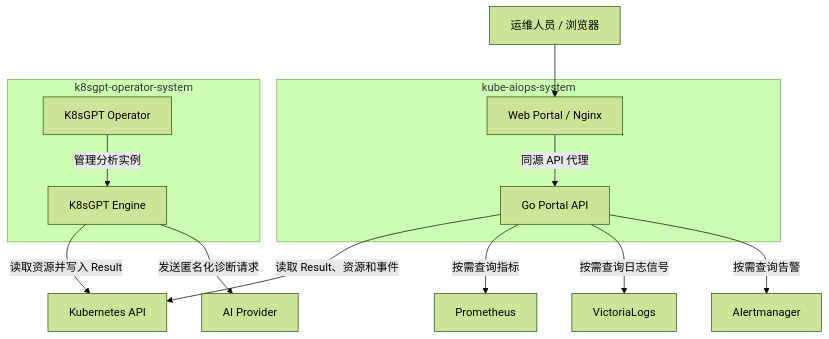
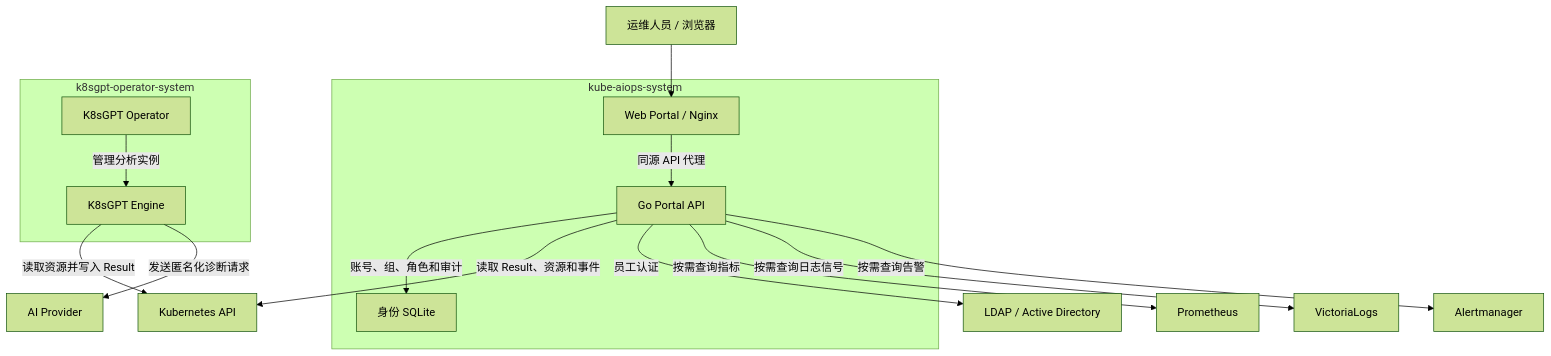
Before and after one commit to abchw517/kube-aiops: the diagram in README.md, drawn with Mermaid (forest theme). The commit also changed other lines of this file and 25 other files, not shown here.

````diff
--- a/README.md
+++ b/README.md
@@ -67,16 +70,18 @@
 ```mermaid
 flowchart TD
     User["运维人员 / 浏览器"] --> Portal
     subgraph Application["kube-aiops-system"]
         Portal["Web Portal / Nginx"] -->|同源 API 代理| Backend["Go Portal API"]
+        Backend -->|账号、组、角色和审计| Identity["身份 SQLite"]
     end
     subgraph Analysis["k8sgpt-operator-system"]
         Operator["K8sGPT Operator"] -->|管理分析实例| Engine["K8sGPT Engine"]
     end
     Engine -->|读取资源并写入 Result| Kubernetes["Kubernetes API"]
     Engine -->|发送匿名化诊断请求| Provider["AI Provider"]
     Backend -->|读取 Result、资源和事件| Kubernetes
+    Backend -->|员工认证| LDAP["LDAP / Active Directory"]
     Backend -->|按需查询指标| Prometheus["Prometheus"]
     Backend -->|按需查询日志信号| VictoriaLogs["VictoriaLogs"]
     Backend -->|按需查询告警| Alertmanager["Alertmanager"]
 ```
````
